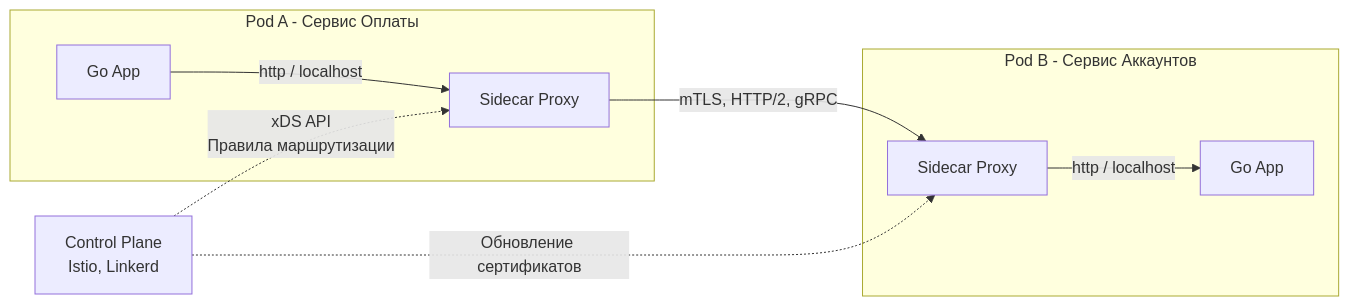
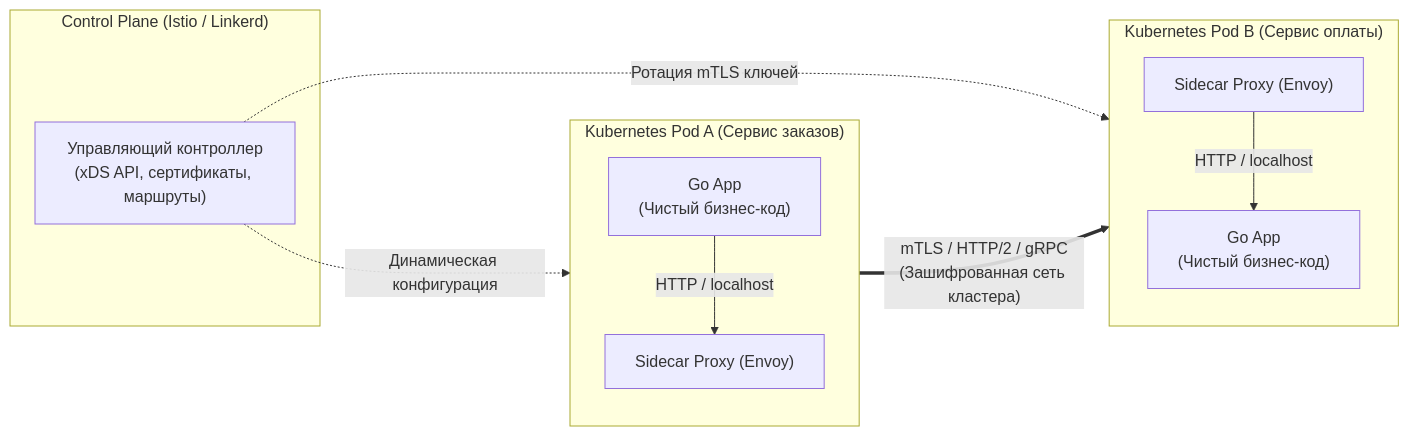
Before and after one commit to UnrealTemplier/go-textbook: the first of 2 diagrams in sources/14. Распределенные системы на Go/06. Сеть/1. Service mesh.md, drawn with Mermaid. The commit also changed other lines of this file, not shown here.

````diff
--- a/sources/14. Распределенные системы на Go/06. Сеть/1. Service mesh.md
+++ b/sources/14. Распределенные системы на Go/06. Сеть/1. Service mesh.md
@@ -31,15 +16,21 @@
 ```mermaid
 flowchart LR
-    subgraph PodA["Pod A - Сервис Оплаты"]
-        AppA["Go App"] -->|http / localhost| ProxyA["Sidecar Proxy"]
+    subgraph PodA["Kubernetes Pod A (Сервис заказов)"]
+        direction TB
+        AppA["Go App<br/>(Чистый бизнес-код)"] -->|"HTTP / localhost"| ProxyA["Sidecar Proxy (Envoy)"]
     end
-    
-    subgraph PodB["Pod B - Сервис Аккаунтов"]
-        ProxyB["Sidecar Proxy"] -->|http / localhost| AppB["Go App"]
+
+    subgraph PodB["Kubernetes Pod B (Сервис оплаты)"]
+        direction TB
+        ProxyB["Sidecar Proxy (Envoy)"] -->|"HTTP / localhost"| AppB["Go App<br/>(Чистый бизнес-код)"]
     end
-    
-    ProxyA -->|mTLS, HTTP/2, gRPC| ProxyB
-    
-    CP["Control Plane<br>Istio, Linkerd"] -.->|"xDS API<br>Правила маршрутизации"| ProxyA
-    CP -.->|"Обновление сертификатов"| ProxyB
+
+    ProxyA ==>|"mTLS / HTTP/2 / gRPC<br/>(Зашифрованная сеть кластера)"| ProxyB
+
+    subgraph ControlPlane["Control Plane (Istio / Linkerd)"]
+        CP["Управляющий контроллер<br/>(xDS API, сертификаты, маршруты)"]
+    end
+
+    CP -.->|"Динамическая конфигурация"| ProxyA
+    CP -.->|"Ротация mTLS ключей"| ProxyB
 ```
````
